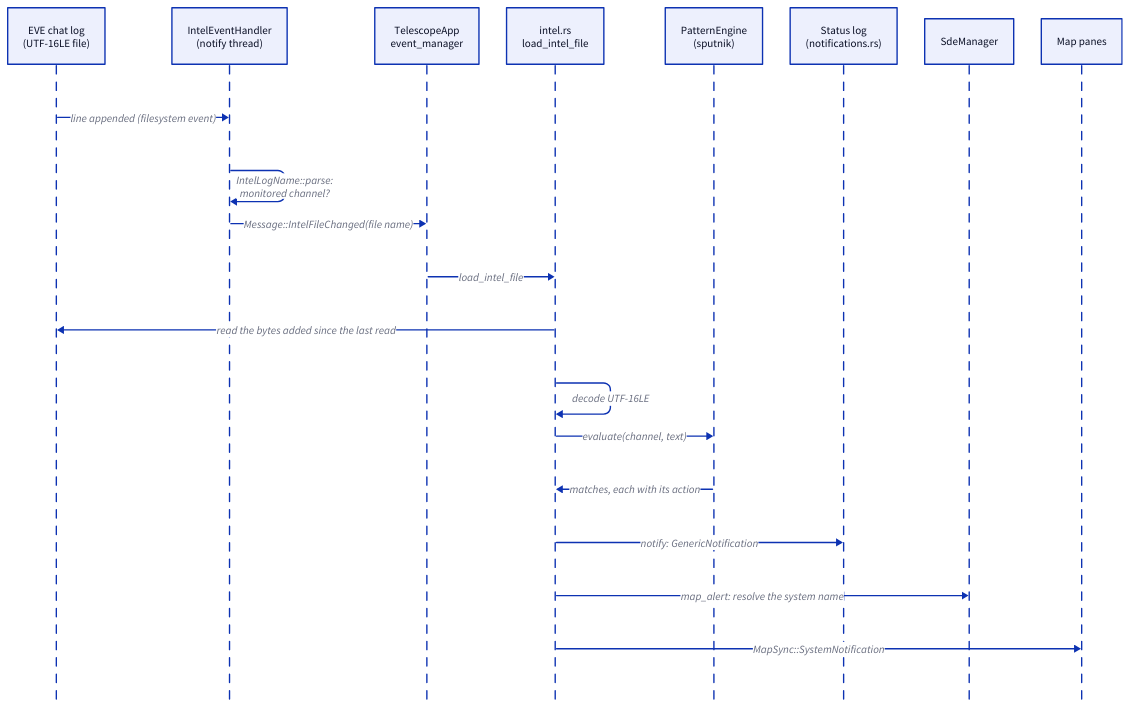
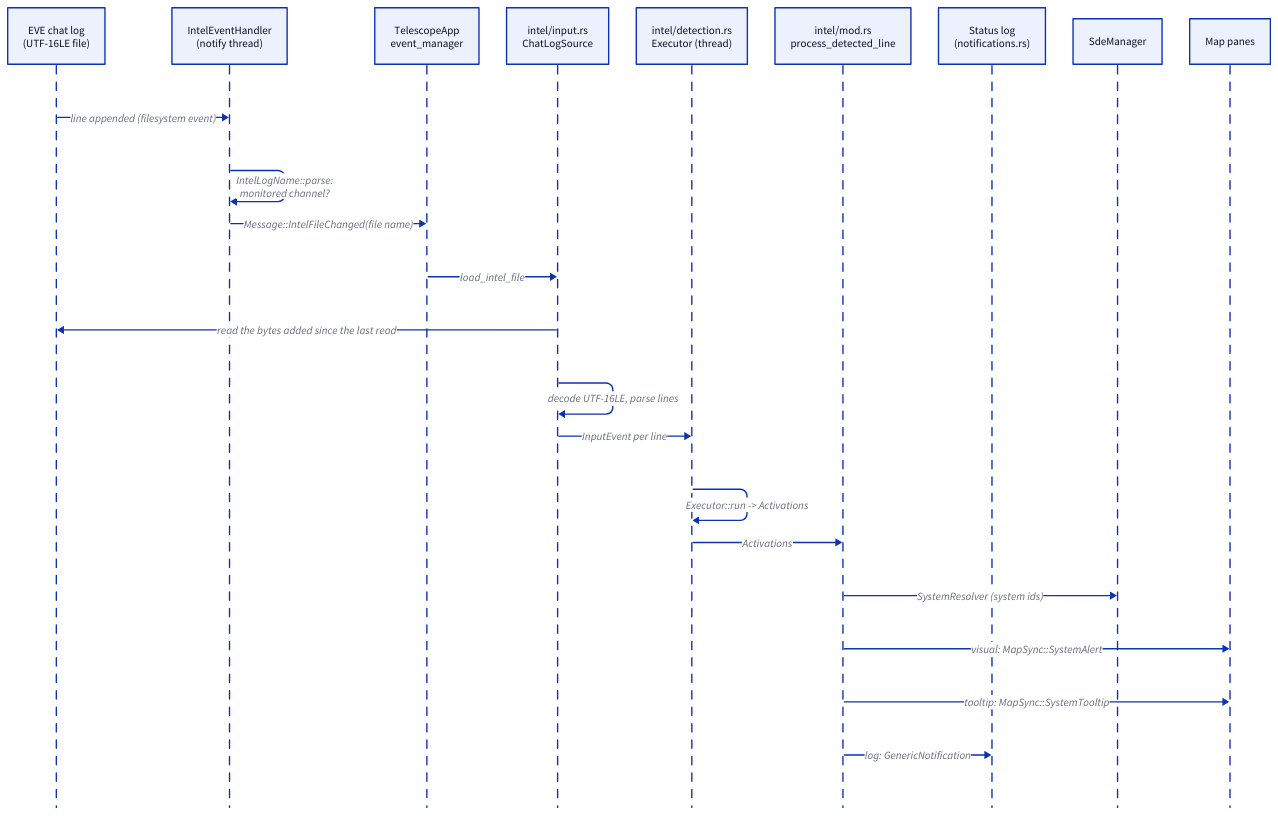
One commit to rafaga/telescope changed the diagram in docs/architecture/flow-intel.d2. Above: the diagram before and after it, drawn with D2. The commit also changed 116 other files, not shown here.

First line of the commit message:
Rules graph engine, threaded intel pipeline, redesigned Settings, encrypted player DB and tests (#7)

```diff
--- a/docs/architecture/flow-intel.d2
+++ b/docs/architecture/flow-intel.d2
@@ -1,22 +1,25 @@
 shape: sequence_diagram
 
 log: "EVE chat log\n(UTF-16LE file)"
 watcher: "IntelEventHandler\n(notify thread)"
 app: "TelescopeApp\nevent_manager"
-intel: "intel.rs\nload_intel_file"
-engine: "PatternEngine\n(sputnik)"
+input: "intel/input.rs\nChatLogSource"
+detection: "intel/detection.rs\nExecutor (thread)"
+process: "intel/mod.rs\nprocess_detected_line"
 status: "Status log\n(notifications.rs)"
 sde: "SdeManager"
 maps: "Map panes"
 
 log -> watcher: "line appended (filesystem event)"
 watcher -> watcher: "IntelLogName::parse:\nmonitored channel?"
 watcher -> app: "Message::IntelFileChanged(file name)"
-app -> intel: "load_intel_file"
-intel -> log: "read the bytes added since the last read"
-intel -> intel: "decode UTF-16LE"
-intel -> engine: "evaluate(channel, text)"
-engine -> intel: "matches, each with its action"
-intel -> status: "notify: GenericNotification"
-intel -> sde: "map_alert: resolve the system name"
-intel -> maps: "MapSync::SystemNotification"
+app -> input: "load_intel_file"
+input -> log: "read the bytes added since the last read"
+input -> input: "decode UTF-16LE, parse lines"
+input -> detection: "InputEvent per line"
+detection -> detection: "Executor::run -> Activations"
+detection -> process: "Activations"
+process -> sde: "SystemResolver (system ids)"
+process -> maps: "visual: MapSync::SystemAlert"
+process -> maps: "tooltip: MapSync::SystemTooltip"
+process -> status: "log: GenericNotification"
```
